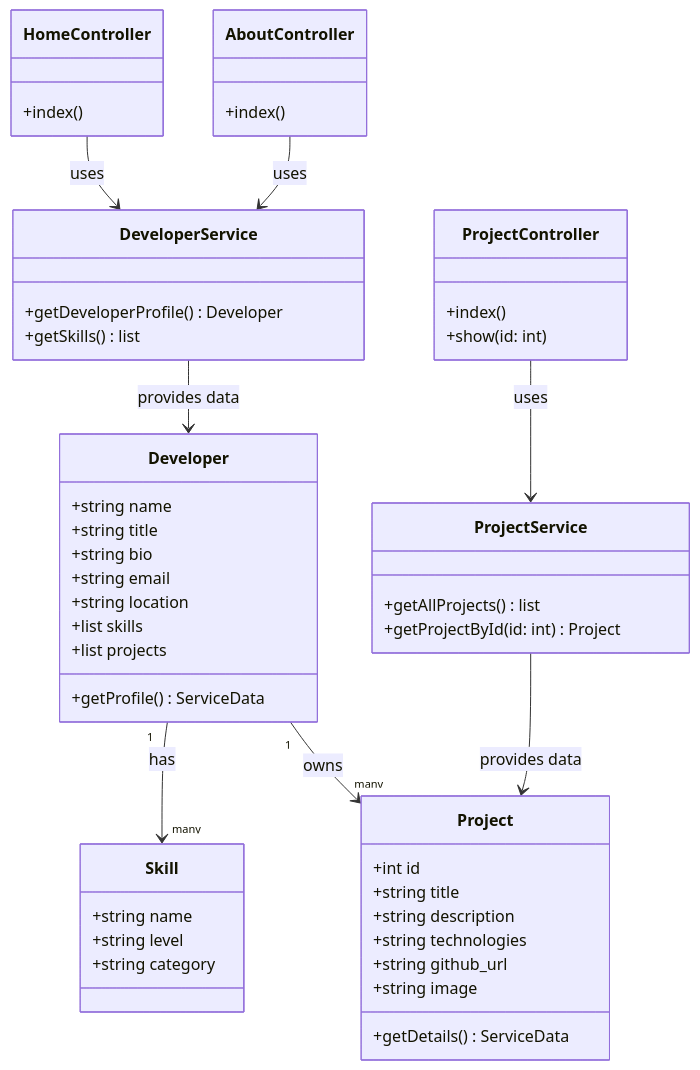
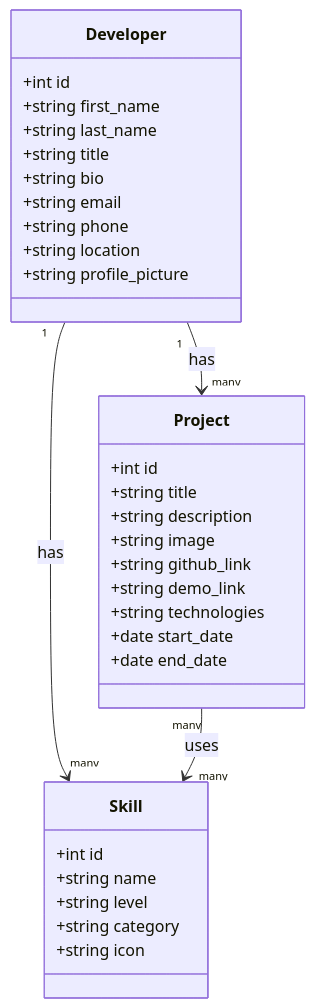
The diagram in Conception/class_diagram.mmd (BENYEKHLEF-Anouar/Portfolio-developpeur), drawn with Mermaid before and after one commit. The commit also changed 3 other files, not shown here.

```diff
--- a/Conception/class_diagram.mmd
+++ b/Conception/class_diagram.mmd
@@ -1,73 +1,38 @@
 classDiagram
-    %% ===========================
-    %% Core Entities (Domain Model)
-    %% ===========================
-
     class Developer {
-        +string name
+        +int id
+        +string first_name
+        +string last_name
         +string title
         +string bio
         +string email
+        +string phone
         +string location
-        +list<Skill> skills
-        +list<Project> projects
-        +getProfile() ServiceData
+        +string profile_picture
     }
 
     class Skill {
+        +int id
         +string name
         +string level
         +string category
+        +string icon
     }
 
     class Project {
         +int id
         +string title
         +string description
+        +string image
+        +string github_link
+        +string demo_link
         +string technologies
-        +string github_url
-        +string image
-        +getDetails() ServiceData
+        +date start_date
+        +date end_date
+
     }
 
-    %% ===========================
-    %% Services Layer
-    %% ===========================
-    class DeveloperService {
-        +getDeveloperProfile() Developer
-        +getSkills() list<Skill>
-    }
-
-    class ProjectService {
-        +getAllProjects() list<Project>
-        +getProjectById(id: int) Project
-    }
-
-    %% ===========================
-    %% Controllers Layer
-    %% ===========================
-    class HomeController {
-        +index()
-    }
-
-    class ProjectController {
-        +index()
-        +show(id: int)
-    }
-
-    class AboutController {
-        +index()
-    }
-
-    %% ===========================
     %% Relationships
-    %% ===========================
+    Developer "1" --> "many" Project : has
     Developer "1" --> "many" Skill : has
-    Developer "1" --> "many" Project : owns
-
-    DeveloperService --> Developer : provides data
-    ProjectService --> Project : provides data
-
-    HomeController --> DeveloperService : uses
-    ProjectController --> ProjectService : uses
-    AboutController --> DeveloperService : uses
+    Project "many" --> "many" Skill : uses
```
